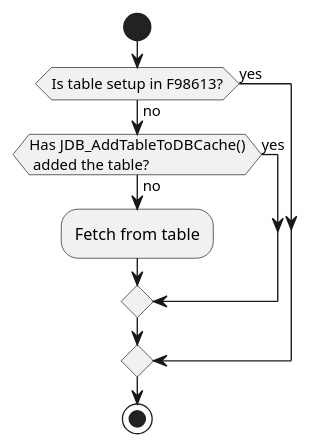
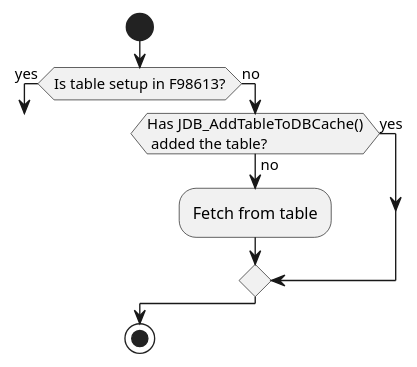
The diagram in Courses/JDE Cache/E1 Cache Concepts – JDB Cache – Part 2 .md (GiovaniPM/DMNTests), drawn with PlantUML before and after one commit.

Commit message:
giova(DESKTOP-PG18CKU) 210220101045

````diff
--- a/Courses/JDE Cache/E1 Cache Concepts – JDB Cache – Part 2 .md
+++ b/Courses/JDE Cache/E1 Cache Concepts – JDB Cache – Part 2 .md
@@ -22,15 +22,16 @@
 ``` plantuml
 @startuml
 start
 
 if (Is table setup in F98613?) then (yes)
+    break
 else (no)
     if (Has JDB_AddTableToDBCache()\n added the table?) then (yes)
     else (no)
         :Fetch from table;
     endif
 endif
 
 stop
 @enduml
 ```
````
